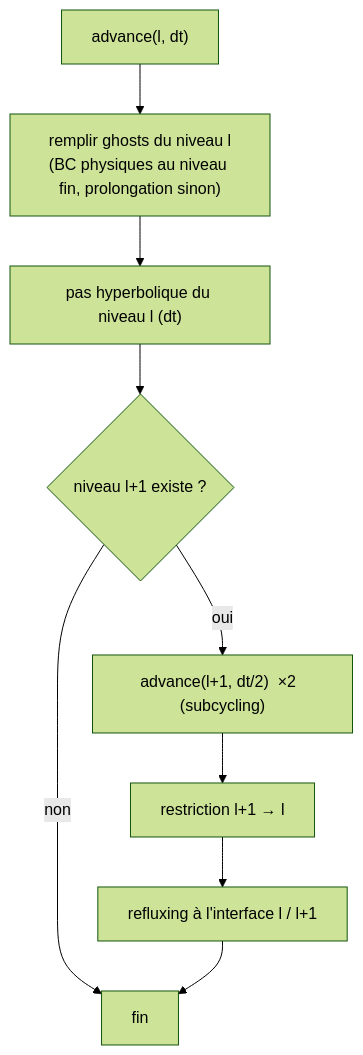
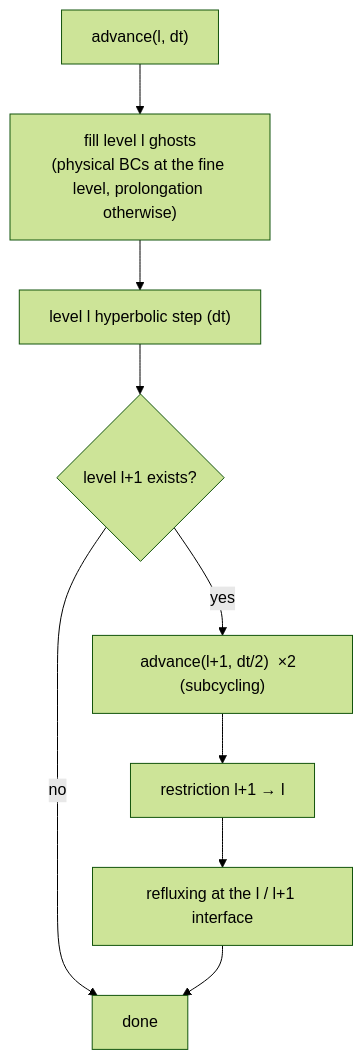
One commit to fhermet/machmallow changed the fourth of 8 diagrams in docs/ARCHITECTURE.md. Above: the diagram before and after it, drawn with Mermaid (forest theme). The commit also changed other lines of this file and 1 other file, not shown here.

Commit message:
docs: traduire ARCHITECTURE et NUMERICS en anglais

````diff
--- a/docs/ARCHITECTURE.md
+++ b/docs/ARCHITECTURE.md
@@ -152,11 +151,11 @@
 ```mermaid
 flowchart TD
-    S["advance(l, dt)"] --> A["remplir ghosts du niveau l<br/>(BC physiques au niveau fin, prolongation sinon)"]
-    A --> B["pas hyperbolique du niveau l (dt)"]
-    B --> C{"niveau l+1 existe ?"}
-    C -- oui --> D["advance(l+1, dt/2)  ×2  (subcycling)"]
+    S["advance(l, dt)"] --> A["fill level l ghosts<br/>(physical BCs at the fine level, prolongation otherwise)"]
+    A --> B["level l hyperbolic step (dt)"]
+    B --> C{"level l+1 exists?"}
+    C -- yes --> D["advance(l+1, dt/2)  ×2  (subcycling)"]
     D --> E["restriction l+1 → l"]
-    E --> F["refluxing à l'interface l / l+1"]
-    C -- non --> G["fin"]
+    E --> F["refluxing at the l / l+1 interface"]
+    C -- no --> G["done"]
     F --> G
 ```
````
